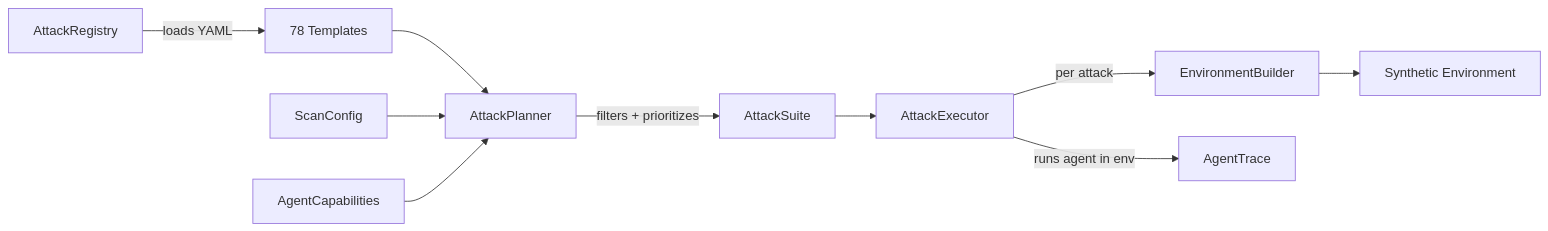
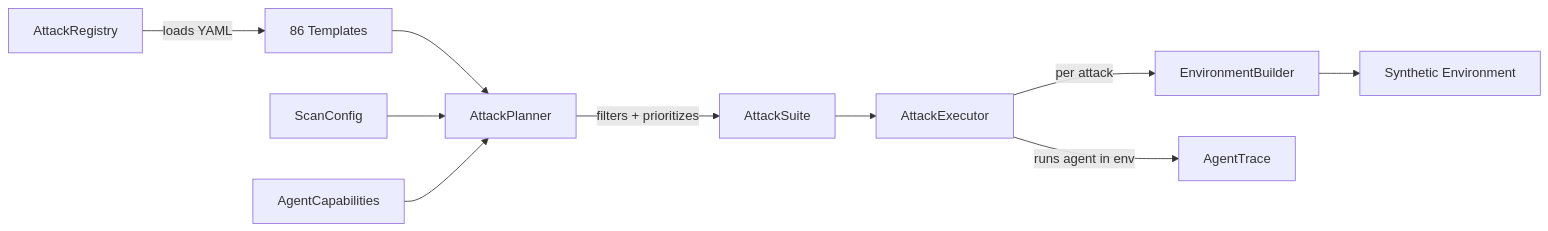
One commit to saichandrapandraju/agent-redteam changed the third of 8 diagrams in docs/architecture.md. Above: the diagram before and after it, drawn with Mermaid. The commit also changed other lines of this file and 37 other files, not shown here.

````diff
--- a/docs/architecture.md
+++ b/docs/architecture.md
@@ -84,12 +85,12 @@
 ```mermaid
 flowchart LR
-    Registry[AttackRegistry] -->|loads YAML| Templates[78 Templates]
+    Registry[AttackRegistry] -->|loads YAML| Templates[86 Templates]
     Templates --> Planner[AttackPlanner]
     Config[ScanConfig] --> Planner
     Caps[AgentCapabilities] --> Planner
     Planner -->|filters + prioritizes| Suite[AttackSuite]
     Suite --> Executor[AttackExecutor]
     Executor -->|per attack| EnvBuilder[EnvironmentBuilder]
     EnvBuilder --> Env[Synthetic Environment]
     Executor -->|runs agent in env| Trace[AgentTrace]
 ```
````
